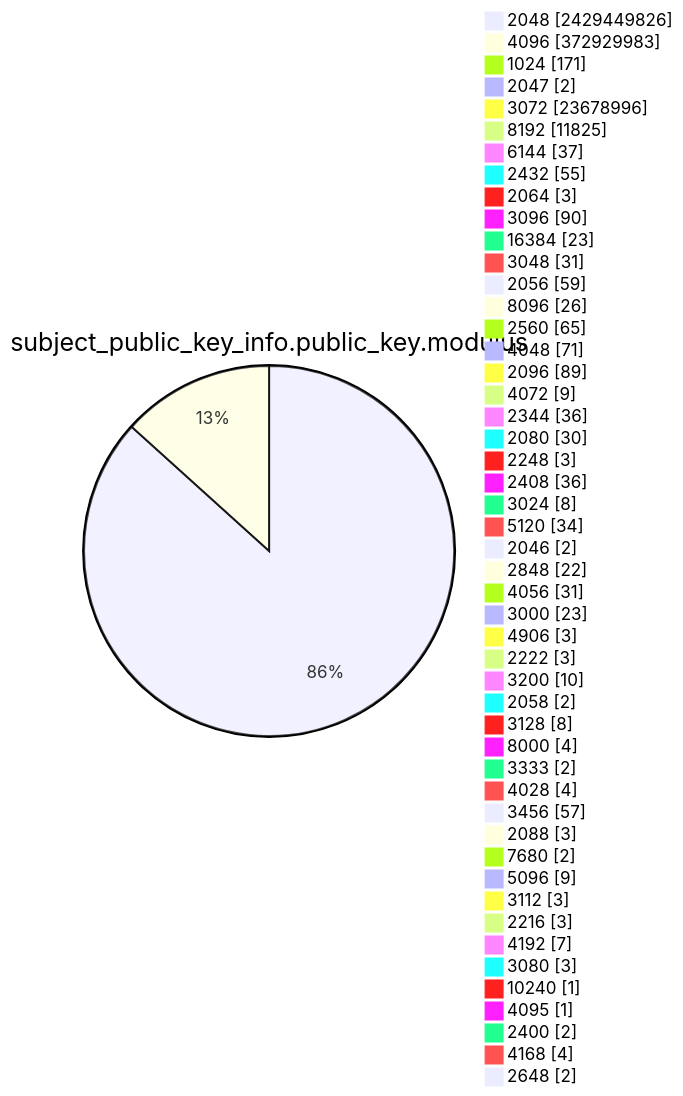
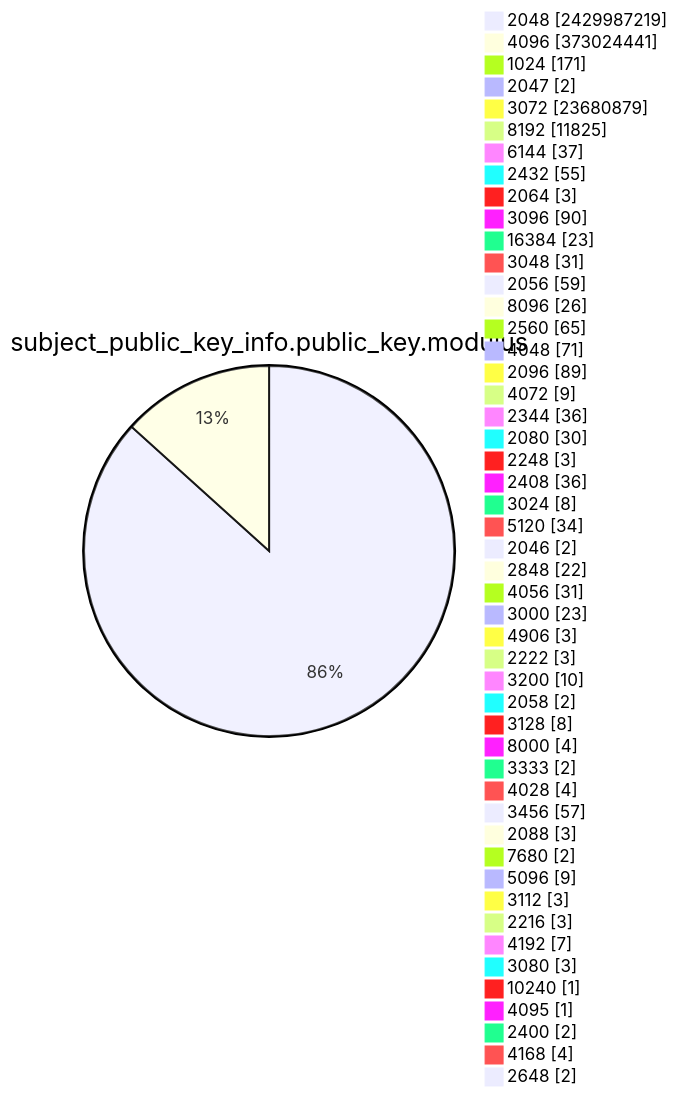
One commit to christiankrug/ctmonitor_visualization changed diagram 13 of 15 in TOTAL/README.md. Above: the diagram before and after it, drawn with Mermaid. The commit also changed other lines of this file, not shown here.

````diff
--- a/TOTAL/README.md
+++ b/TOTAL/README.md
@@ -4168,53 +4168,53 @@
 ```mermaid
 pie showData
 title subject_public_key_info.public_key.modulus
-"2048" :2429449826
-"4096" :372929983
+"2048" :2429987219
+"4096" :373024441
 "1024" :171
 "2047" :2
-"3072" :23678996
+"3072" :23680879
 "8192" :11825
 "6144" :37
 "2432" :55
 "2064" :3
 "3096" :90
 "16384" :23
 "3048" :31
 "2056" :59
 "8096" :26
 "2560" :65
 "4048" :71
 "2096" :89
 "4072" :9
 "2344" :36
 "2080" :30
 "2248" :3
 "2408" :36
 "3024" :8
 "5120" :34
 "2046" :2
 "2848" :22
 "4056" :31
 "3000" :23
 "4906" :3
 "2222" :3
 "3200" :10
 "2058" :2
 "3128" :8
 "8000" :4
 "3333" :2
 "4028" :4
 "3456" :57
 "2088" :3
 "7680" :2
 "5096" :9
 "3112" :3
 "2216" :3
 "4192" :7
 "3080" :3
 "10240" :1
 "4095" :1
 "2400" :2
 "4168" :4
 "2648" :2
 ```
````
